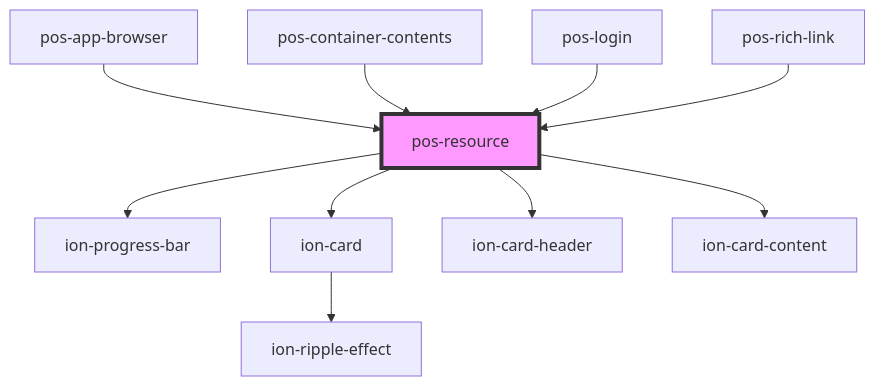
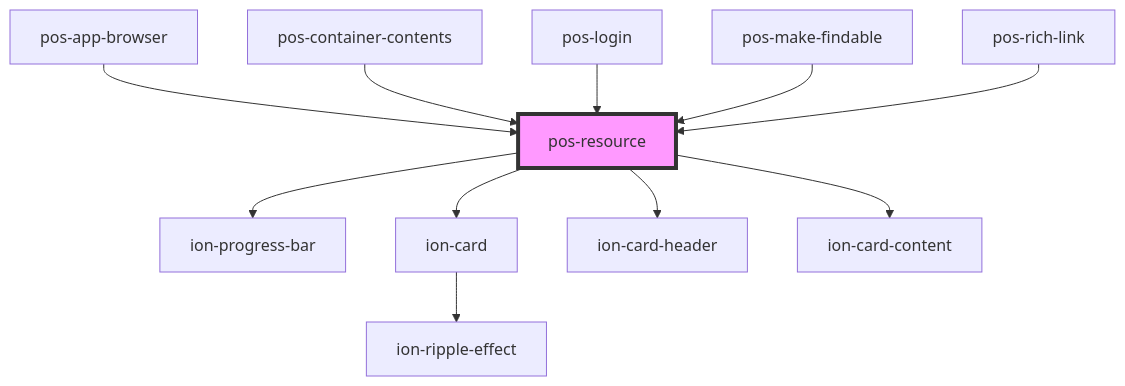
Before and after one commit to pod-os/PodOS: the diagram in docs/elements/components/pos-resource/readme.md, drawn with Mermaid. The commit also changed other lines of this file and 5 other files, not shown here.

````diff
--- a/docs/elements/components/pos-resource/readme.md
+++ b/docs/elements/components/pos-resource/readme.md
@@ -54,13 +55,14 @@
 ```mermaid
 graph TD;
   pos-resource --> ion-progress-bar
   pos-resource --> ion-card
   pos-resource --> ion-card-header
   pos-resource --> ion-card-content
   ion-card --> ion-ripple-effect
   pos-app-browser --> pos-resource
   pos-container-contents --> pos-resource
   pos-login --> pos-resource
+  pos-make-findable --> pos-resource
   pos-rich-link --> pos-resource
   style pos-resource fill:#f9f,stroke:#333,stroke-width:4px
 ```
````
